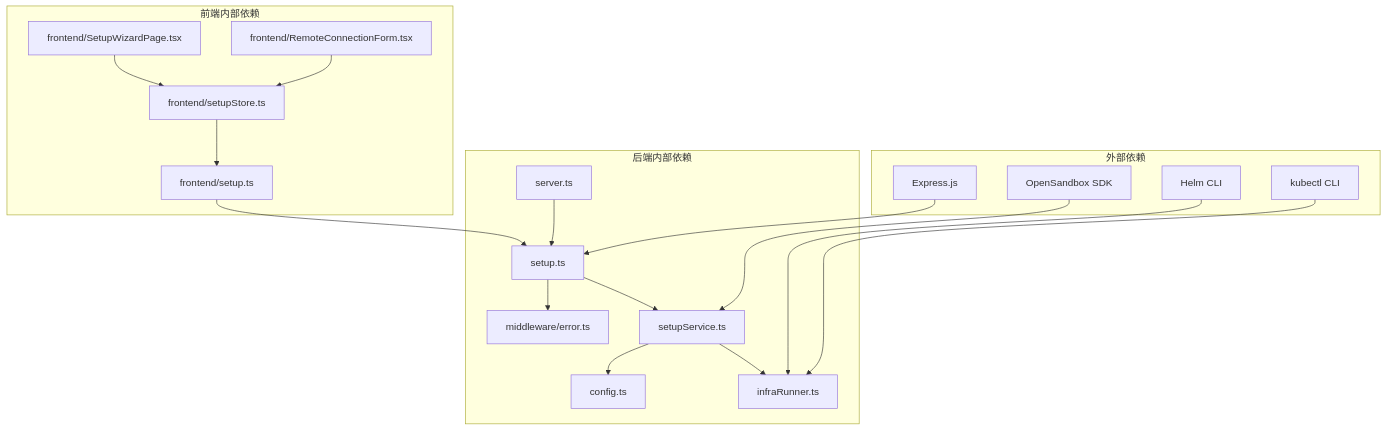
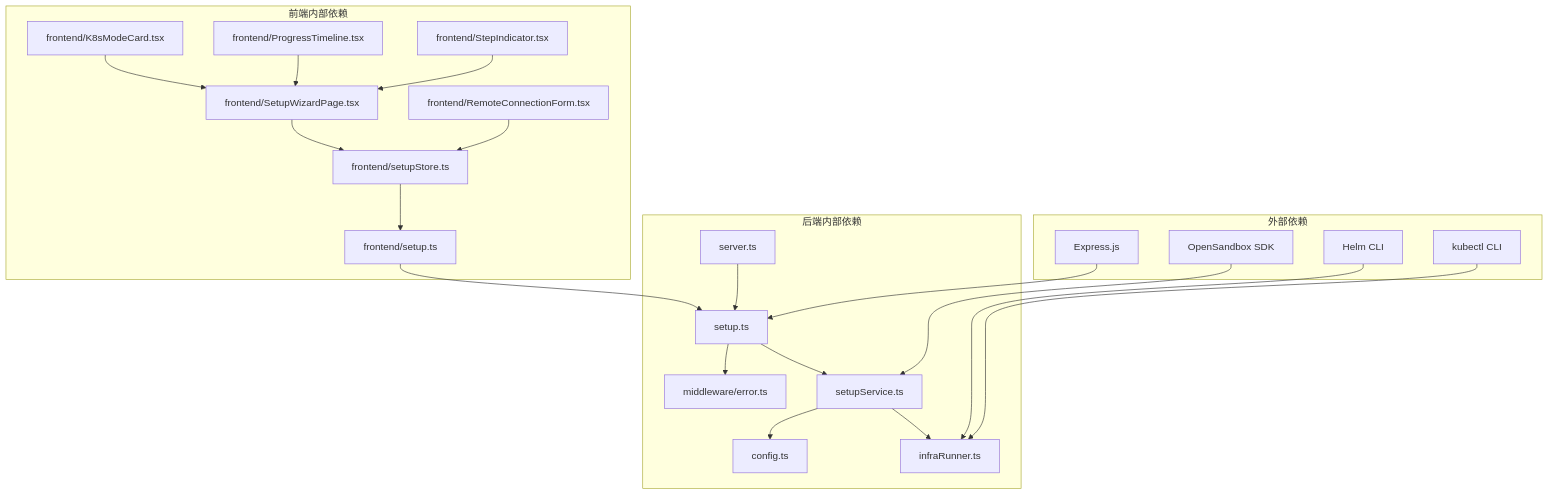
The eighth of 8 diagrams in .qoder/repowiki/zh/content/API参考文档/REST API/设置向导API.md (RabbitAI-Lab/Sandbox-Manager), drawn with Mermaid before and after one commit. The commit also changed other lines of this file and 21 other files, not shown here.

````diff
--- a/.qoder/repowiki/zh/content/API参考文档/REST API/设置向导API.md
+++ b/.qoder/repowiki/zh/content/API参考文档/REST API/设置向导API.md
@@ -324,36 +350,42 @@
 ```mermaid
 graph TD
 subgraph "外部依赖"
 Express[Express.js]
 OpenSandbox[OpenSandbox SDK]
 Helm[Helm CLI]
 Kubectl[kubectl CLI]
 end
 subgraph "后端内部依赖"
 Routes[setup.ts]
 SetupService[setupService.ts]
 InfraRunner[infraRunner.ts]
 Config[config.ts]
 ErrorHandler[middleware/error.ts]
 Server[server.ts]
 end
 subgraph "前端内部依赖"
 SetupAPI[frontend/setup.ts]
 SetupStore[frontend/setupStore.ts]
 SetupPage[frontend/SetupWizardPage.tsx]
 RemoteForm[frontend/RemoteConnectionForm.tsx]
+K8sCard[frontend/K8sModeCard.tsx]
+ProgressTimeline[frontend/ProgressTimeline.tsx]
+StepIndicator[frontend/StepIndicator.tsx]
 end
 Express --> Routes
 OpenSandbox --> SetupService
 Helm --> InfraRunner
 Kubectl --> InfraRunner
 Routes --> SetupService
 SetupService --> InfraRunner
 SetupService --> Config
 Routes --> ErrorHandler
 Server --> Routes
 SetupAPI --> Routes
 SetupStore --> SetupAPI
 SetupPage --> SetupStore
 RemoteForm --> SetupStore
+K8sCard --> SetupPage
+ProgressTimeline --> SetupPage
+StepIndicator --> SetupPage
 ```
````
